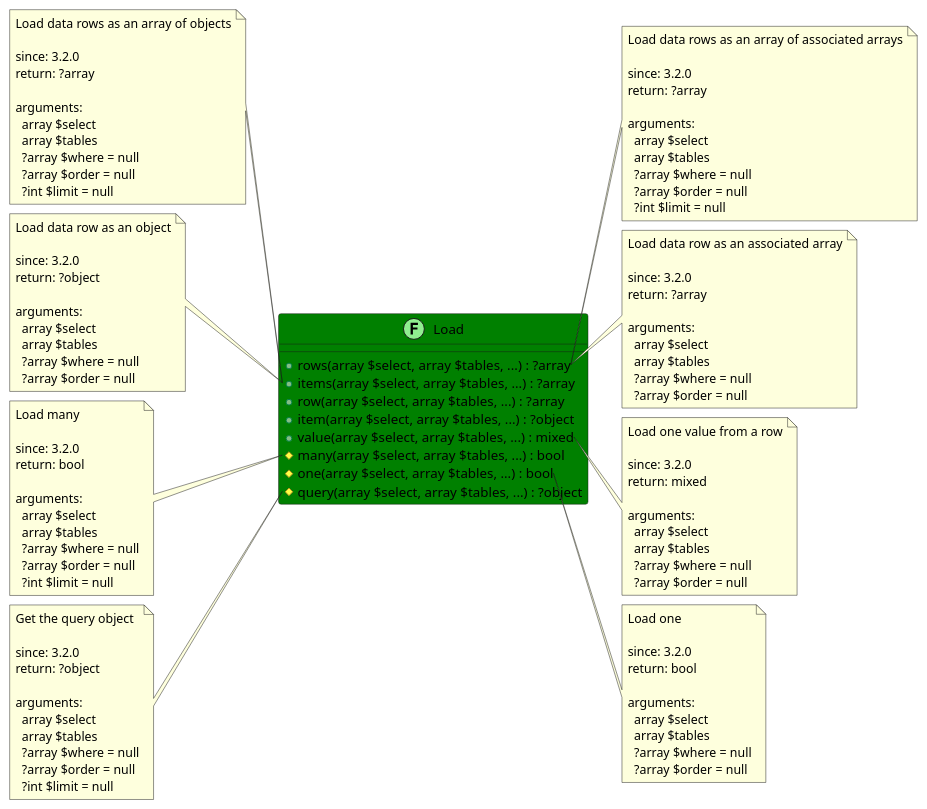
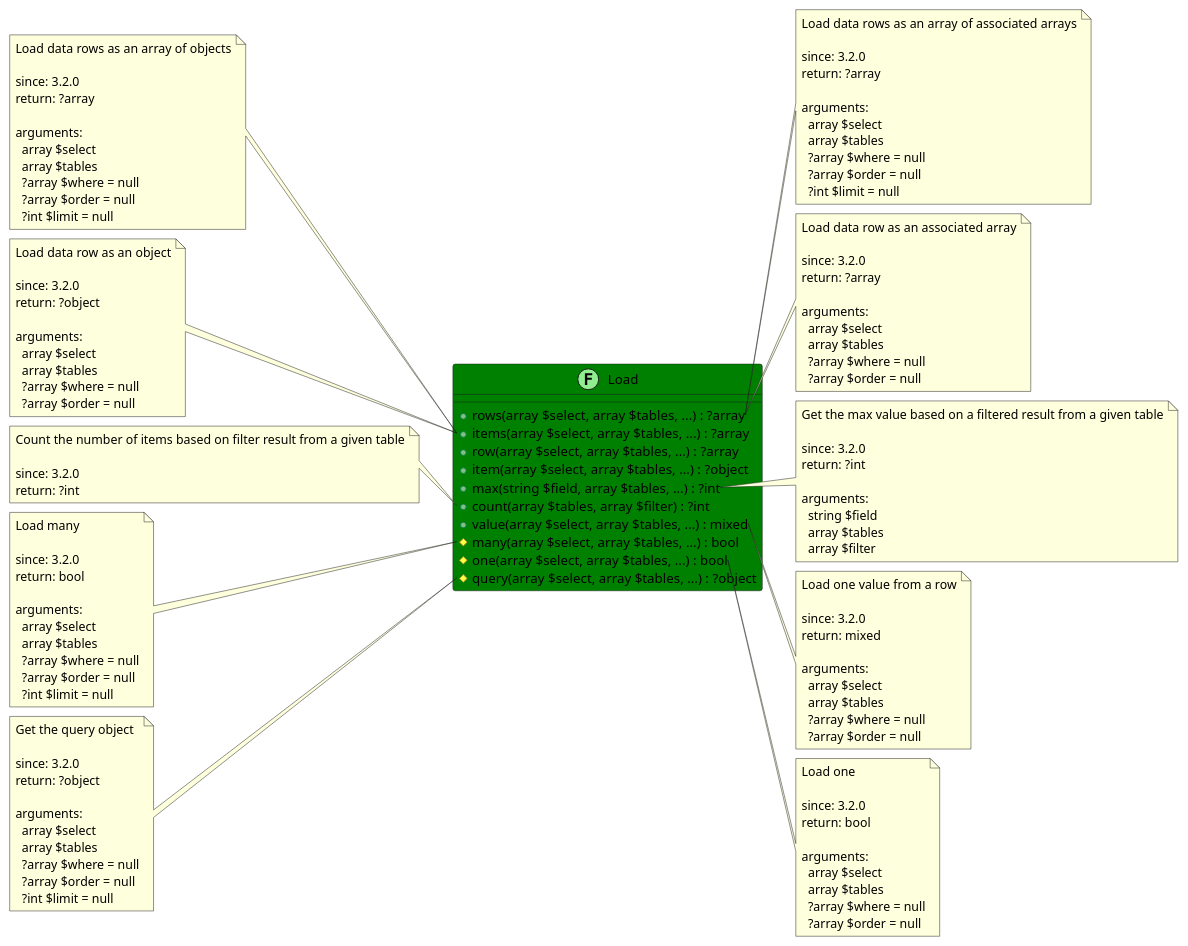
One commit to joomengine/super-powers changed the diagram in src/06f8eada-d59b-441c-b287-0aea1793da5a/README.md. Above: the diagram before and after it, drawn with PlantUML. The commit also changed 5 other files, not shown here.

```diff
--- a/src/06f8eada-d59b-441c-b287-0aea1793da5a/README.md
+++ b/src/06f8eada-d59b-441c-b287-0aea1793da5a/README.md
@@ -15,6 +15,8 @@
   + items(array $select, array $tables, ...) : ?array
   + row(array $select, array $tables, ...) : ?array
   + item(array $select, array $tables, ...) : ?object
+  + max(string $field, array $tables, ...) : ?int
+  + count(array $tables, array $filter) : ?int
   + value(array $select, array $tables, ...) : mixed
   # many(array $select, array $tables, ...) : bool
   # one(array $select, array $tables, ...) : bool
@@ -75,6 +77,25 @@
     ?array $order = null
 end note
 
+note right of Load::max
+  Get the max value based on a filtered result from a given table
+
+  since: 3.2.0
+  return: ?int
+  
+  arguments:
+    string $field
+    array $tables
+    array $filter
+end note
+
+note left of Load::count
+  Count the number of items based on filter result from a given table
+
+  since: 3.2.0
+  return: ?int
+end note
+
 note right of Load::value
   Load one value from a row
 
```
